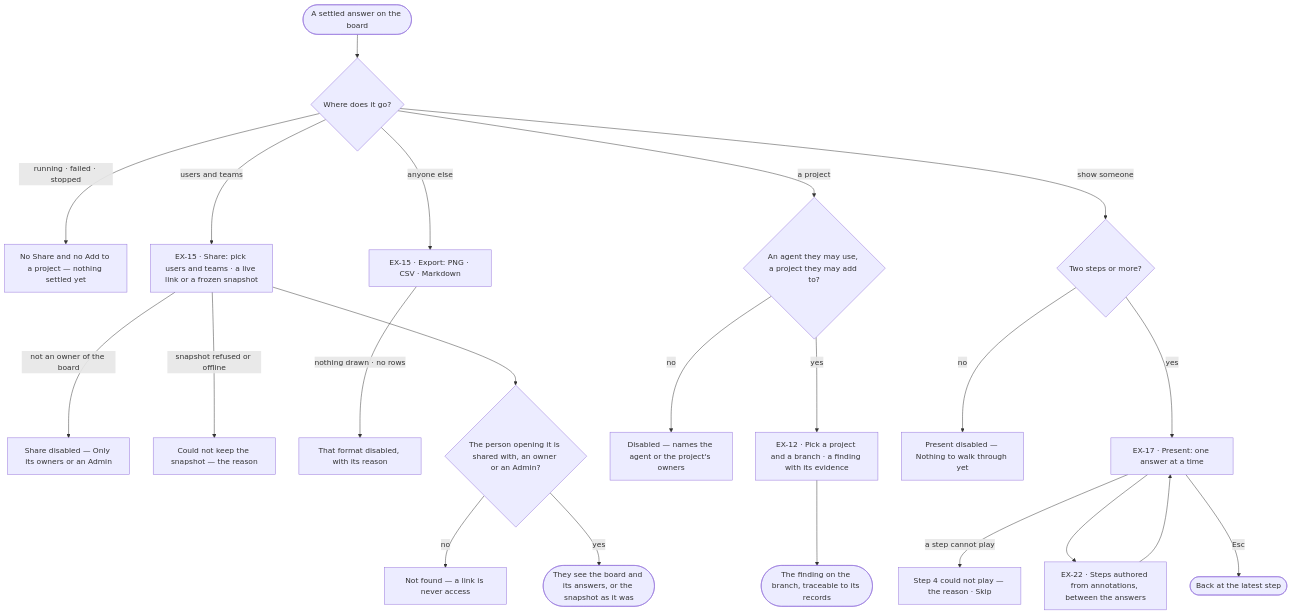
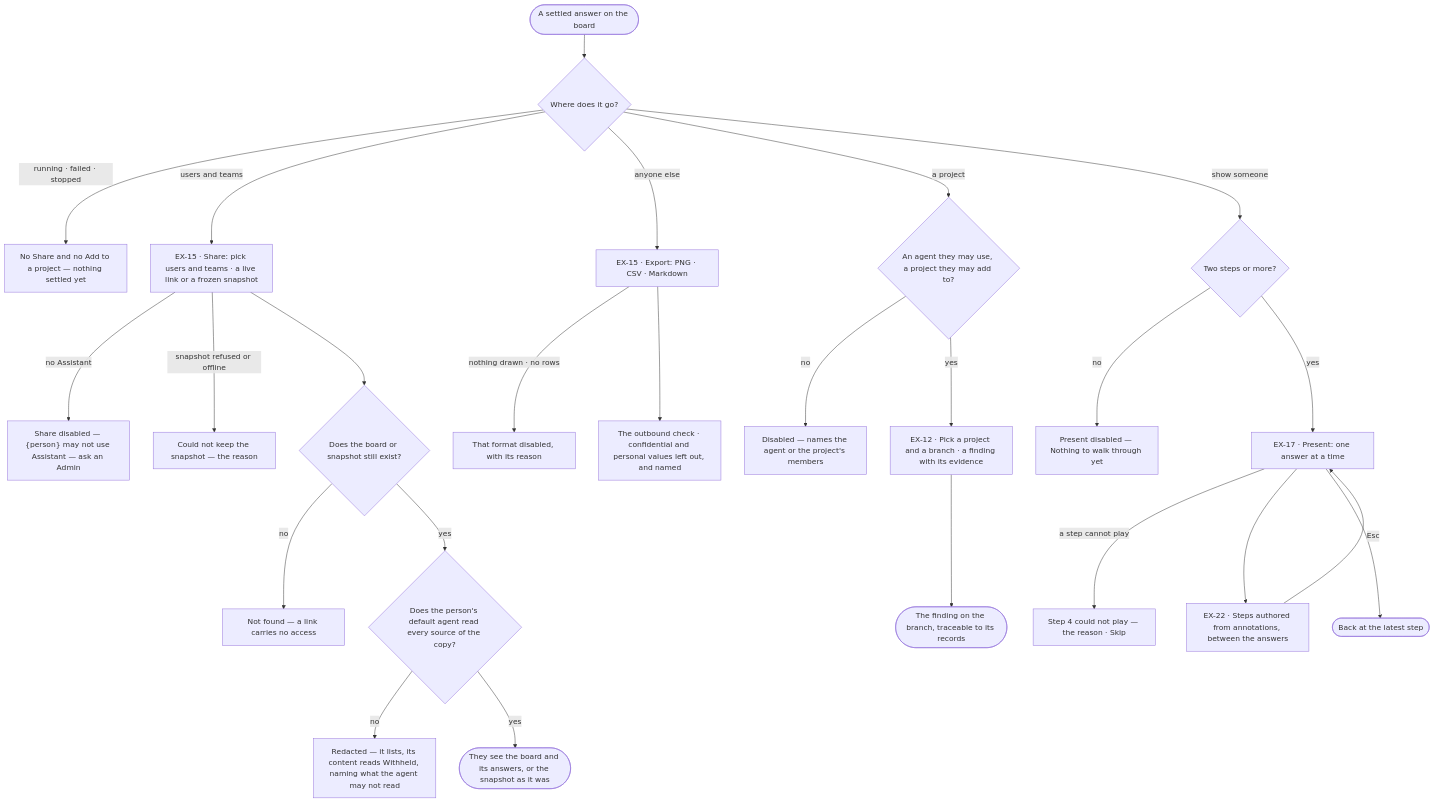
One commit to invana/invana changed the diagram in specs/capabilities/explore/features/EX-F02-share-and-present-an-answer/feature.md. Above: the diagram before and after it, drawn with Mermaid. The commit also changed other lines of this file and 300 other files, not shown here.

````diff
--- a/specs/capabilities/explore/features/EX-F02-share-and-present-an-answer/feature.md
+++ b/specs/capabilities/explore/features/EX-F02-share-and-present-an-answer/feature.md
@@ -24,24 +24,27 @@
 ```mermaid
 flowchart TD
   start([A settled answer on the board]) --> d{Where does it go?}
   d -->|running · failed · stopped| none["No Share and no Add to a project — nothing settled yet"]
   d -->|users and teams| sh["EX-15 · Share: pick users and teams · a live link or a frozen snapshot"]
-  sh -->|not an owner of the board| nown["Share disabled — Only its owners or an Admin"]
+  sh -->|no Assistant| nown["Share disabled — {person} may not use Assistant — ask an Admin"]
   sh -->|snapshot refused or offline| shf["Could not keep the snapshot — the reason"]
   d -->|anyone else| exp["EX-15 · Export: PNG · CSV · Markdown"]
   exp -->|nothing drawn · no rows| dis["That format disabled, with its reason"]
-  sh --> open{The person opening it is shared with, an owner or an Admin?}
-  open -->|no| nf["Not found — a link is never access"]
-  open -->|yes| seen([They see the board and its answers, or the snapshot as it was])
+  exp --> out["The outbound check · confidential and personal values left out, and named"]
+  sh --> open{Does the board or snapshot still exist?}
+  open -->|no| nf["Not found — a link carries no access"]
+  open -->|yes| lin{"Does the person's default agent read every source of the copy?"}
+  lin -->|no| red["Redacted — it lists, its content reads Withheld, naming what the agent may not read"]
+  lin -->|yes| seen([They see the board and its answers, or the snapshot as it was])
   d -->|a project| pj{"An agent they may use, a project they may add to?"}
-  pj -->|no| ask["Disabled — names the agent or the project's owners"]
+  pj -->|no| ask["Disabled — names the agent or the project's members"]
   pj -->|yes| fi["EX-12 · Pick a project and a branch · a finding with its evidence"]
   fi --> fdone([The finding on the branch, traceable to its records])
   d -->|show someone| pr{Two steps or more?}
   pr -->|no| pz["Present disabled — Nothing to walk through yet"]
   pr -->|yes| p["EX-17 · Present: one answer at a time"]
   p -->|a step cannot play| ps["Step 4 could not play — the reason · Skip"]
   p --> story["EX-22 · Steps authored from annotations, between the answers"]
   story --> p
   p -->|Esc| back([Back at the latest step])
 ```
````
